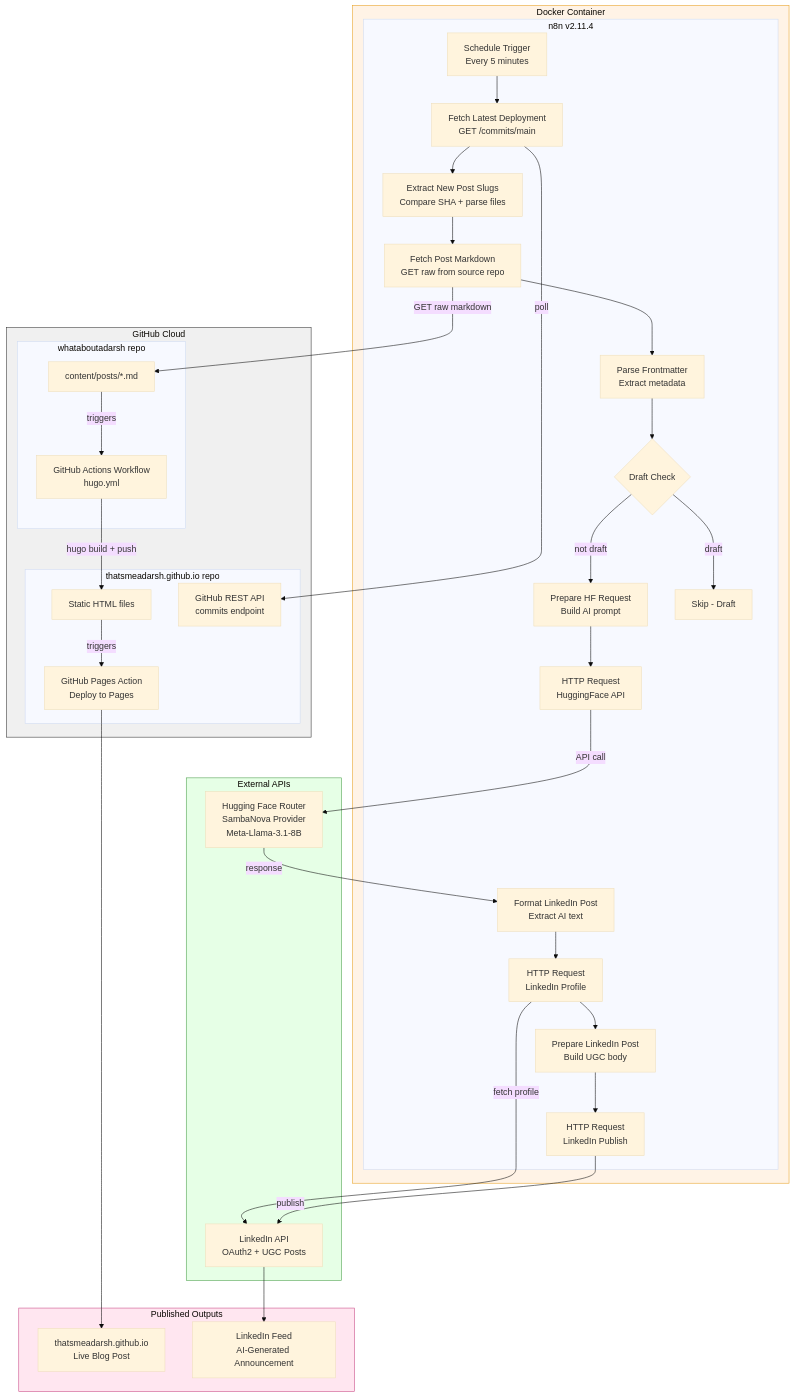
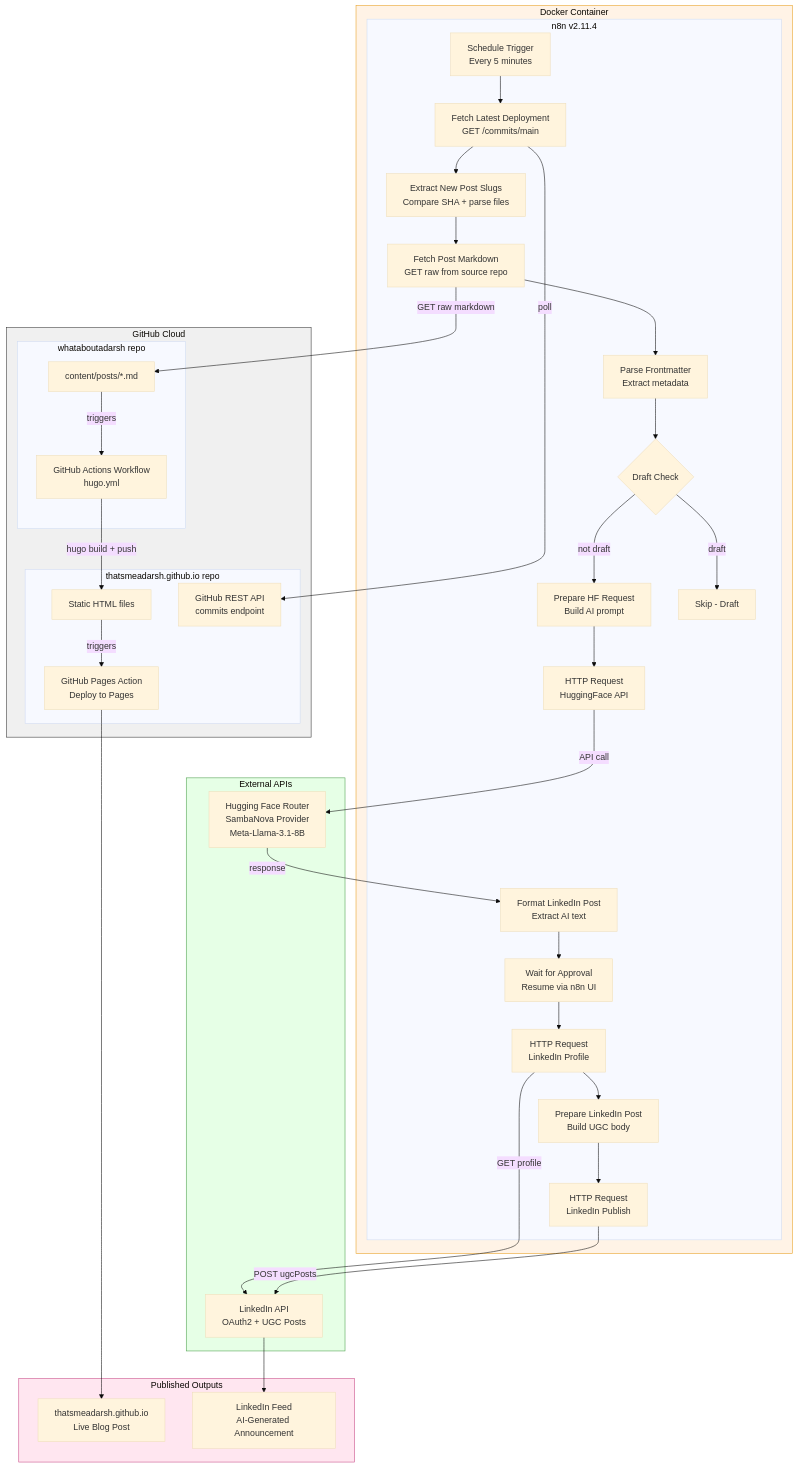
Before and after one commit to thatsmeadarsh/n8n-powered-auto-web-publish: the second of 7 diagrams in docs/architecture.md, drawn with Mermaid (base theme). The commit also changed other lines of this file, not shown here.

First line of the commit message:
Fix architecture.md diagram rendering issues

````diff
--- a/docs/architecture.md
+++ b/docs/architecture.md
@@ -87,62 +87,67 @@
 ```mermaid
 graph TB
     subgraph GitHub["GitHub Cloud"]
         subgraph HugoRepo["whataboutadarsh repo"]
             SRC[content/posts/*.md]
             GA[GitHub Actions Workflow<br/>hugo.yml]
         end
         subgraph PagesRepo["thatsmeadarsh.github.io repo"]
             HTML[Static HTML files]
             PA[GitHub Pages Action<br/>Deploy to Pages]
             GAPI[GitHub REST API<br/>commits endpoint]
         end
     end
 
     subgraph Docker["Docker Container"]
         subgraph n8n["n8n v2.11.4"]
             ST[Schedule Trigger<br/>Every 5 minutes]
             FD[Fetch Latest Deployment<br/>GET /commits/main]
             ES[Extract New Post Slugs<br/>Compare SHA + parse files]
             FM[Fetch Post Markdown<br/>GET raw from source repo]
             PF[Parse Frontmatter<br/>Extract metadata]
             DC{Draft Check}
             PR[Prepare HF Request<br/>Build AI prompt]
             HF[HTTP Request<br/>HuggingFace API]
             FL[Format LinkedIn Post<br/>Extract AI text]
+            WA[Wait for Approval<br/>Resume via n8n UI]
             GL[HTTP Request<br/>LinkedIn Profile]
             PL[Prepare LinkedIn Post<br/>Build UGC body]
             LI[HTTP Request<br/>LinkedIn Publish]
             SK[Skip - Draft]
         end
     end
 
     subgraph APIs["External APIs"]
         HFA[Hugging Face Router<br/>SambaNova Provider<br/>Meta-Llama-3.1-8B]
         LIA[LinkedIn API<br/>OAuth2 + UGC Posts]
     end
 
     subgraph Output["Published Outputs"]
         WEB["thatsmeadarsh.github.io<br/>Live Blog Post"]
         LIP["LinkedIn Feed<br/>AI-Generated Announcement"]
     end
 
     SRC -->|triggers| GA
     GA -->|hugo build + push| HTML
     HTML -->|triggers| PA --> WEB
-    ST --> FD -->|poll| GAPI
+    ST --> FD
+    FD -->|poll| GAPI
     FD --> ES --> FM
     FM -->|GET raw markdown| SRC
     FM --> PF --> DC
-    DC -->|not draft| PR --> HF
+    DC -->|not draft| PR
     DC -->|draft| SK
+    PR --> HF
     HF -->|API call| HFA
     HFA -->|response| FL
-    FL --> GL -->|fetch profile| LIA
-    GL --> PL --> LI -->|publish| LIA
+    FL --> WA --> GL
+    GL -->|GET profile| LIA
+    GL --> PL --> LI
+    LI -->|POST ugcPosts| LIA
     LIA --> LIP
 
     style GitHub fill:#f0f0f0,stroke:#333
     style Docker fill:#fff3e6,stroke:#e8a020
     style APIs fill:#e6ffe6,stroke:#4a9e4a
     style Output fill:#ffe6f0,stroke:#c84a86
 ```
````
